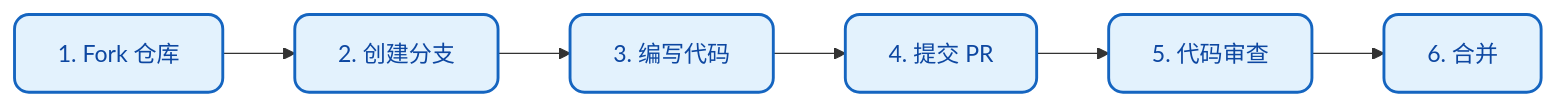
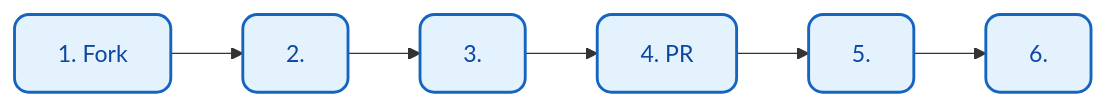
The first of 3 diagrams in docs/zh-CN/contributing.md (xt765/FinchBot), drawn with Mermaid before and after one commit. The commit also changed other lines of this file and 17 other files, not shown here.

````diff
--- a/docs/zh-CN/contributing.md
+++ b/docs/zh-CN/contributing.md
@@ -20,10 +20,10 @@
 ```mermaid
 flowchart LR
     classDef step fill:#e3f2fd,stroke:#1565c0,stroke-width:2px,color:#0d47a1,rx:10,ry:10;
 
-    A["1. Fork 仓库"]:::step --> B["2. 创建分支"]:::step
-    B --> C["3. 编写代码"]:::step
-    C --> D["4. 提交 PR"]:::step
-    D --> E["5. 代码审查"]:::step
-    E --> F["6. 合并"]:::step
+    A["1. Fork "]:::step --> B["2. "]:::step
+    B --> C["3. "]:::step
+    C --> D["4.  PR"]:::step
+    D --> E["5. "]:::step
+    E --> F["6. "]:::step
 ```
````
